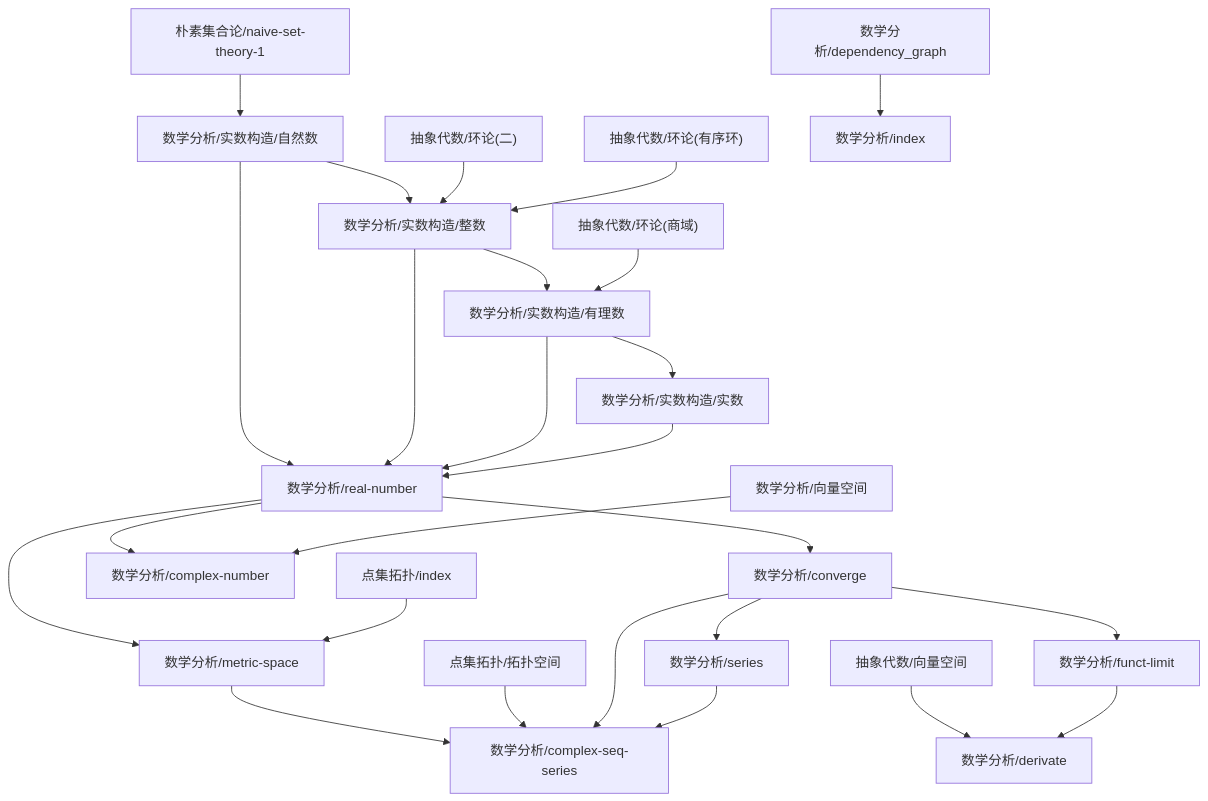
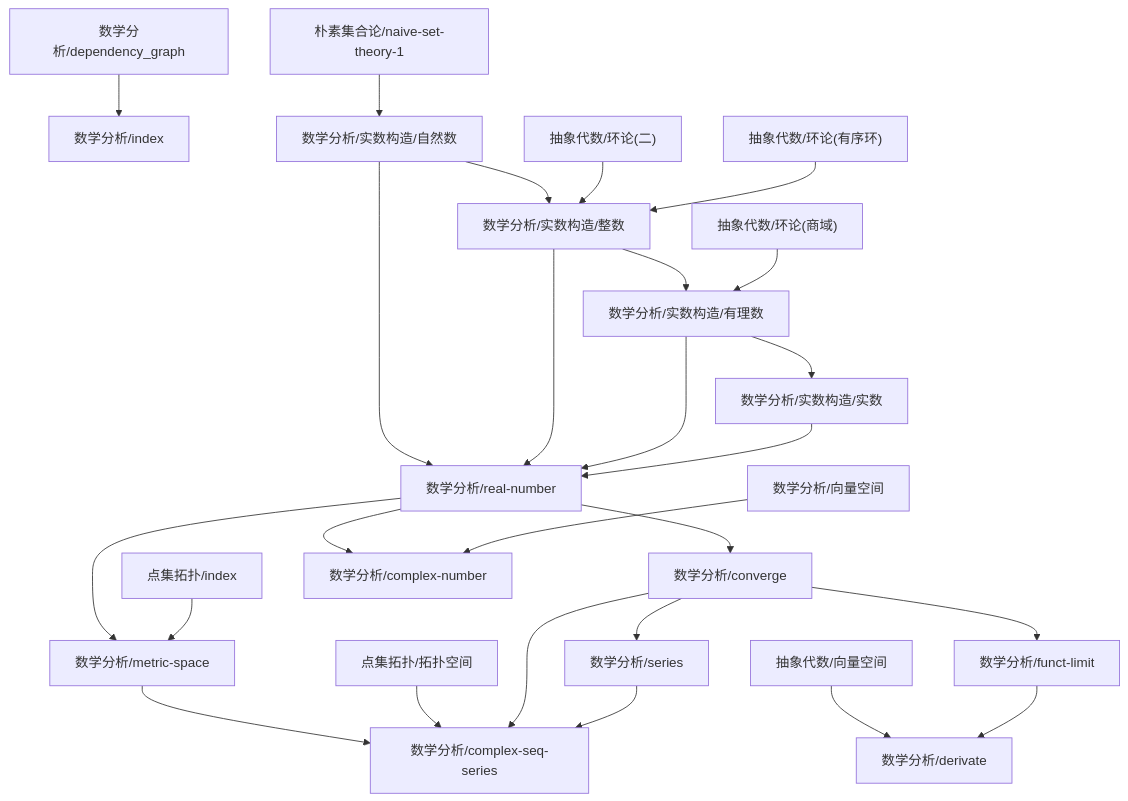
The diagram in content/数学分析/dependency_graph.md (zeroDtree/zeroDtree.github.io), drawn with Mermaid before and after one commit. The commit also changed 11 other files, not shown here.

````diff
--- a/content/数学分析/dependency_graph.md
+++ b/content/数学分析/dependency_graph.md
@@ -1,28 +1,28 @@
 ```mermaid
 graph TD
-1["数学分析/converge"] --> 0["数学分析/funct-limit"]
-3["数学分析/real-number"] --> 2["数学分析/complex-number"]
-4["数学分析/向量空间"] --> 2["数学分析/complex-number"]
-6["抽象代数/向量空间"] --> 5["数学分析/derivate"]
-0["数学分析/funct-limit"] --> 5["数学分析/derivate"]
-8["数学分析/metric-space"] --> 7["数学分析/complex-seq-series"]
-9["点集拓扑/拓扑空间"] --> 7["数学分析/complex-seq-series"]
-1["数学分析/converge"] --> 7["数学分析/complex-seq-series"]
-10["数学分析/series"] --> 7["数学分析/complex-seq-series"]
-3["数学分析/real-number"] --> 8["数学分析/metric-space"]
-11["点集拓扑/index"] --> 8["数学分析/metric-space"]
-13["数学分析/实数构造/自然数"] --> 12["数学分析/实数构造/整数"]
-14["抽象代数/环论(二)"] --> 12["数学分析/实数构造/整数"]
-15["抽象代数/环论(有序环)"] --> 12["数学分析/实数构造/整数"]
-12["数学分析/实数构造/整数"] --> 16["数学分析/实数构造/有理数"]
-17["抽象代数/环论(商域)"] --> 16["数学分析/实数构造/有理数"]
-18["朴素集合论/naive-set-theory-1"] --> 13["数学分析/实数构造/自然数"]
-16["数学分析/实数构造/有理数"] --> 19["数学分析/实数构造/实数"]
-21["数学分析/dependency_graph"] --> 20["数学分析/index"]
-3["数学分析/real-number"] --> 1["数学分析/converge"]
-1["数学分析/converge"] --> 10["数学分析/series"]
-13["数学分析/实数构造/自然数"] --> 3["数学分析/real-number"]
-12["数学分析/实数构造/整数"] --> 3["数学分析/real-number"]
-16["数学分析/实数构造/有理数"] --> 3["数学分析/real-number"]
-19["数学分析/实数构造/实数"] --> 3["数学分析/real-number"]
+1["数学分析/real-number"] --> 0["数学分析/metric-space"]
+2["点集拓扑/index"] --> 0["数学分析/metric-space"]
+0["数学分析/metric-space"] --> 3["数学分析/complex-seq-series"]
+4["点集拓扑/拓扑空间"] --> 3["数学分析/complex-seq-series"]
+5["数学分析/converge"] --> 3["数学分析/complex-seq-series"]
+6["数学分析/series"] --> 3["数学分析/complex-seq-series"]
+8["抽象代数/向量空间"] --> 7["数学分析/derivate"]
+9["数学分析/funct-limit"] --> 7["数学分析/derivate"]
+1["数学分析/real-number"] --> 5["数学分析/converge"]
+11["数学分析/dependency_graph"] --> 10["数学分析/index"]
+5["数学分析/converge"] --> 9["数学分析/funct-limit"]
+1["数学分析/real-number"] --> 12["数学分析/complex-number"]
+13["数学分析/向量空间"] --> 12["数学分析/complex-number"]
+5["数学分析/converge"] --> 6["数学分析/series"]
+14["数学分析/实数构造/自然数"] --> 1["数学分析/real-number"]
+15["数学分析/实数构造/整数"] --> 1["数学分析/real-number"]
+16["数学分析/实数构造/有理数"] --> 1["数学分析/real-number"]
+17["数学分析/实数构造/实数"] --> 1["数学分析/real-number"]
+16["数学分析/实数构造/有理数"] --> 17["数学分析/实数构造/实数"]
+15["数学分析/实数构造/整数"] --> 16["数学分析/实数构造/有理数"]
+18["抽象代数/环论(商域)"] --> 16["数学分析/实数构造/有理数"]
+19["朴素集合论/naive-set-theory-1"] --> 14["数学分析/实数构造/自然数"]
+14["数学分析/实数构造/自然数"] --> 15["数学分析/实数构造/整数"]
+20["抽象代数/环论(二)"] --> 15["数学分析/实数构造/整数"]
+21["抽象代数/环论(有序环)"] --> 15["数学分析/实数构造/整数"]
 ```
````
